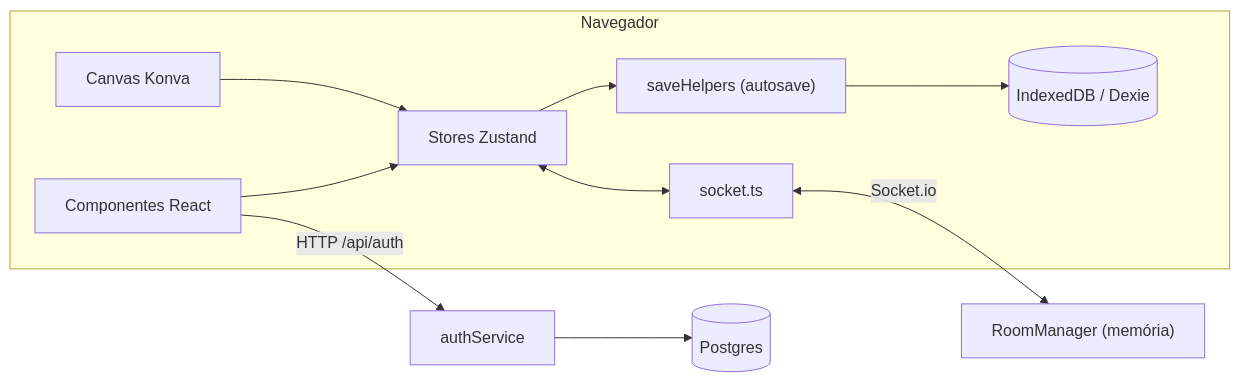
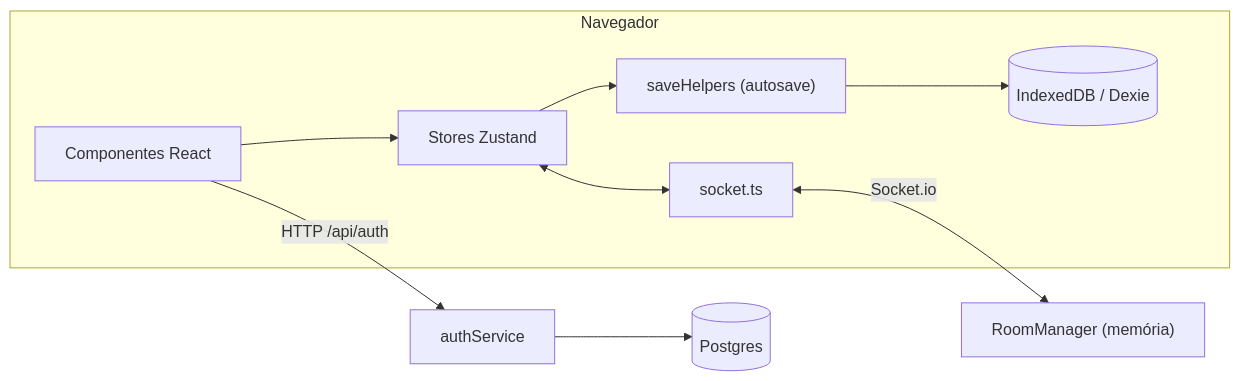
Before and after one commit to Prd225/Sistema-Gerenciador-de-Mesas--SGM-: the diagram in docs/architecture/overview.md, drawn with Mermaid. The commit also changed other lines of this file and 15 other files, not shown here.

Commit message:
docs: enxugar documentacao e adotar github flow com master e next

````diff
--- a/docs/architecture/overview.md
+++ b/docs/architecture/overview.md
@@ -19,13 +11,12 @@
 ```mermaid
 graph LR
     subgraph Browser["Navegador"]
         UI["Componentes React"] --> Stores["Stores Zustand"]
-        Canvas["Canvas Konva"] --> Stores
         Stores --> Save["saveHelpers (autosave)"]
         Save --> Dexie[("IndexedDB / Dexie")]
         Stores <--> Socket["socket.ts"]
     end
     Socket <-->|"Socket.io"| RM["RoomManager (memória)"]
     UI -->|"HTTP /api/auth"| Auth["authService"]
     Auth --> PG[("Postgres")]
 ```
````
